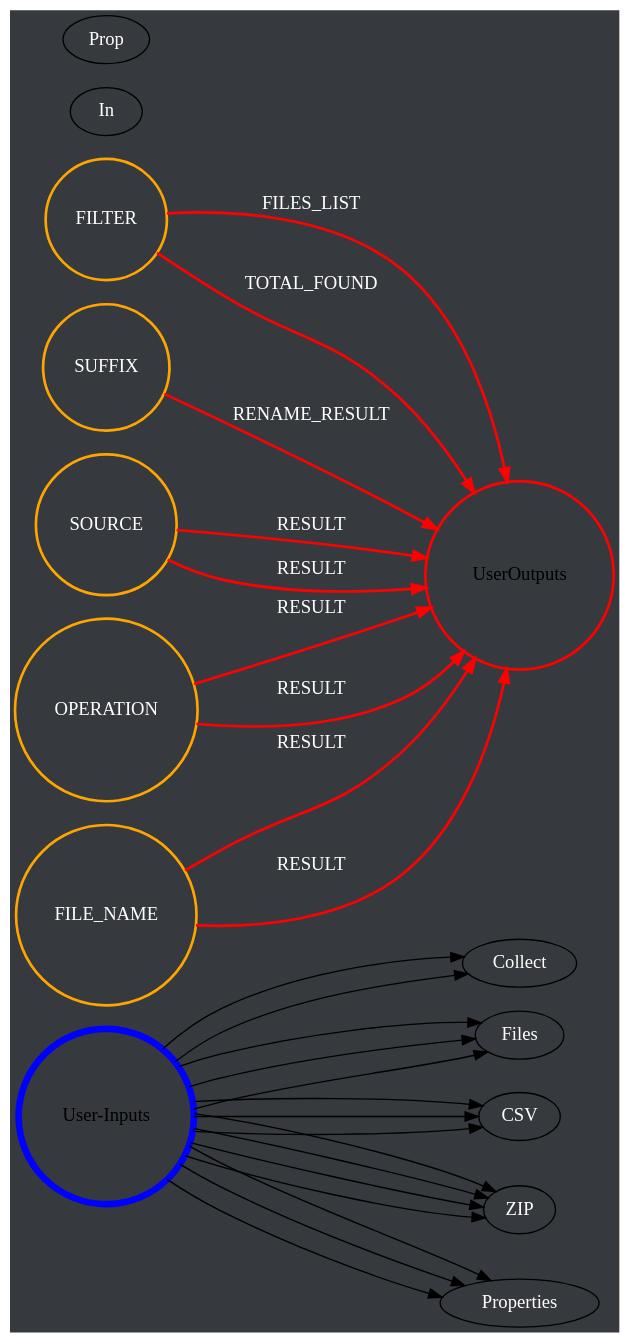
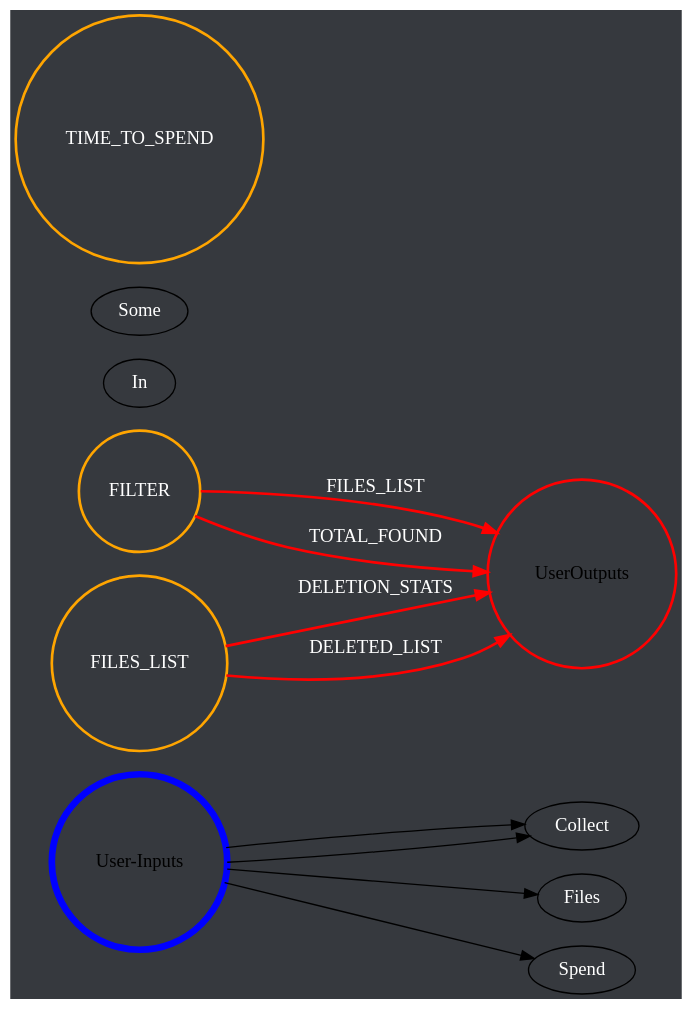
Before and after one commit to Asaf-prog/stepper: the diagram in out/production/stepper_GUI/app/body/flowDefinitionPresent/flow.dot, drawn with Graphviz. The commit also changed 6 other files, not shown here.

```diff
--- a/out/production/stepper_GUI/app/body/flowDefinitionPresent/flow.dot
+++ b/out/production/stepper_GUI/app/body/flowDefinitionPresent/flow.dot
@@ -1,42 +1,21 @@
 digraph FlowDiagram {
   rankdir=LR;
   size="400,400";
    bgcolor="#36393e";
   user_inputs [label="User-Inputs", shape=circle, color=blue, penwidth=5 ];
   user_outputs [label="User-Outputs", shape=circle, color=red, penwidth=5 ];
   node [fontcolor=white];
   edge [fontcolor=white];
   Collect Files In Folder [label="Collect Files In Folder\n(1)", shape=circle, color=green, penwidth=2 ];
-  Files Renamer [label="Files Renamer\n(2)", shape=circle, color=green, penwidth=2 ];
-  CSV Exporter [label="CSV Exporter\n(3)", shape=circle, color=green, penwidth=2 ];
-  CSV File Dumper [label="CSV File Dumper\n(4)", shape=circle, color=green, penwidth=2 ];
-  ZIP CSV File [label="ZIP CSV File\n(5)", shape=circle, color=green, penwidth=2 ];
-  Properties Exporter [label="Properties Exporter\n(6)", shape=circle, color=green, penwidth=2 ];
-  Properties File Dumper [label="Properties File Dumper\n(7)", shape=circle, color=green, penwidth=2 ];
-  ZIP Prop File [label="ZIP Prop File\n(8)", shape=circle, color=green, penwidth=2 ];
+  Spend Some Time [label="Spend Some Time\n(2)", shape=circle, color=green, penwidth=2 ];
+  Files Deleter [label="Files Deleter\n(3)", shape=circle, color=green, penwidth=2 ];
   user_inputs -> Collect Files In Folder [label="FOLDER_NAME", color=orange, penwidth=2 ];
   user_inputs -> Collect Files In Folder [label="FILTER", color=orange, penwidth=2 ];
   Collect Files In Folder -> user_outputs [label="FILES_LIST", color=red, penwidth=2 ];
   Collect Files In Folder -> user_outputs [label="TOTAL_FOUND", color=red, penwidth=2 ];
-  user_inputs -> Files Renamer [label="FILES_TO_RENAME", color=orange, penwidth=2 ];
-  user_inputs -> Files Renamer [label="PREFIX", color=orange, penwidth=2 ];
-  user_inputs -> Files Renamer [label="SUFFIX", color=orange, penwidth=2 ];
-  Files Renamer -> user_outputs [label="RENAME_RESULT", color=red, penwidth=2 ];
-  user_inputs -> CSV Exporter [label="SOURCE", color=orange, penwidth=2 ];
-  CSV Exporter -> user_outputs [label="RESULT", color=red, penwidth=2 ];
-  user_inputs -> CSV File Dumper [label="CONTENT", color=orange, penwidth=2 ];
-  user_inputs -> CSV File Dumper [label="FILE_NAME", color=orange, penwidth=2 ];
-  CSV File Dumper -> user_outputs [label="RESULT", color=red, penwidth=2 ];
-  user_inputs -> ZIP CSV File [label="SOURCE", color=orange, penwidth=2 ];
-  user_inputs -> ZIP CSV File [label="OPERATION", color=orange, penwidth=2 ];
-  ZIP CSV File -> user_outputs [label="RESULT", color=red, penwidth=2 ];
-  user_inputs -> Properties Exporter [label="SOURCE", color=orange, penwidth=2 ];
-  Properties Exporter -> user_outputs [label="RESULT", color=red, penwidth=2 ];
-  user_inputs -> Properties File Dumper [label="CONTENT", color=orange, penwidth=2 ];
-  user_inputs -> Properties File Dumper [label="FILE_NAME", color=orange, penwidth=2 ];
-  Properties File Dumper -> user_outputs [label="RESULT", color=red, penwidth=2 ];
-  user_inputs -> ZIP Prop File [label="SOURCE", color=orange, penwidth=2 ];
-  user_inputs -> ZIP Prop File [label="OPERATION", color=orange, penwidth=2 ];
-  ZIP Prop File -> user_outputs [label="RESULT", color=red, penwidth=2 ];
+  user_inputs -> Spend Some Time [label="TIME_TO_SPEND", color=orange, penwidth=2 ];
+  user_inputs -> Files Deleter [label="FILES_LIST", color=orange, penwidth=2 ];
+  Files Deleter -> user_outputs [label="DELETION_STATS", color=red, penwidth=2 ];
+  Files Deleter -> user_outputs [label="DELETED_LIST", color=red, penwidth=2 ];
   user_outputs [label="UserOutputs", shape=circle, color=red , penwidth=2 ];
 }
```
